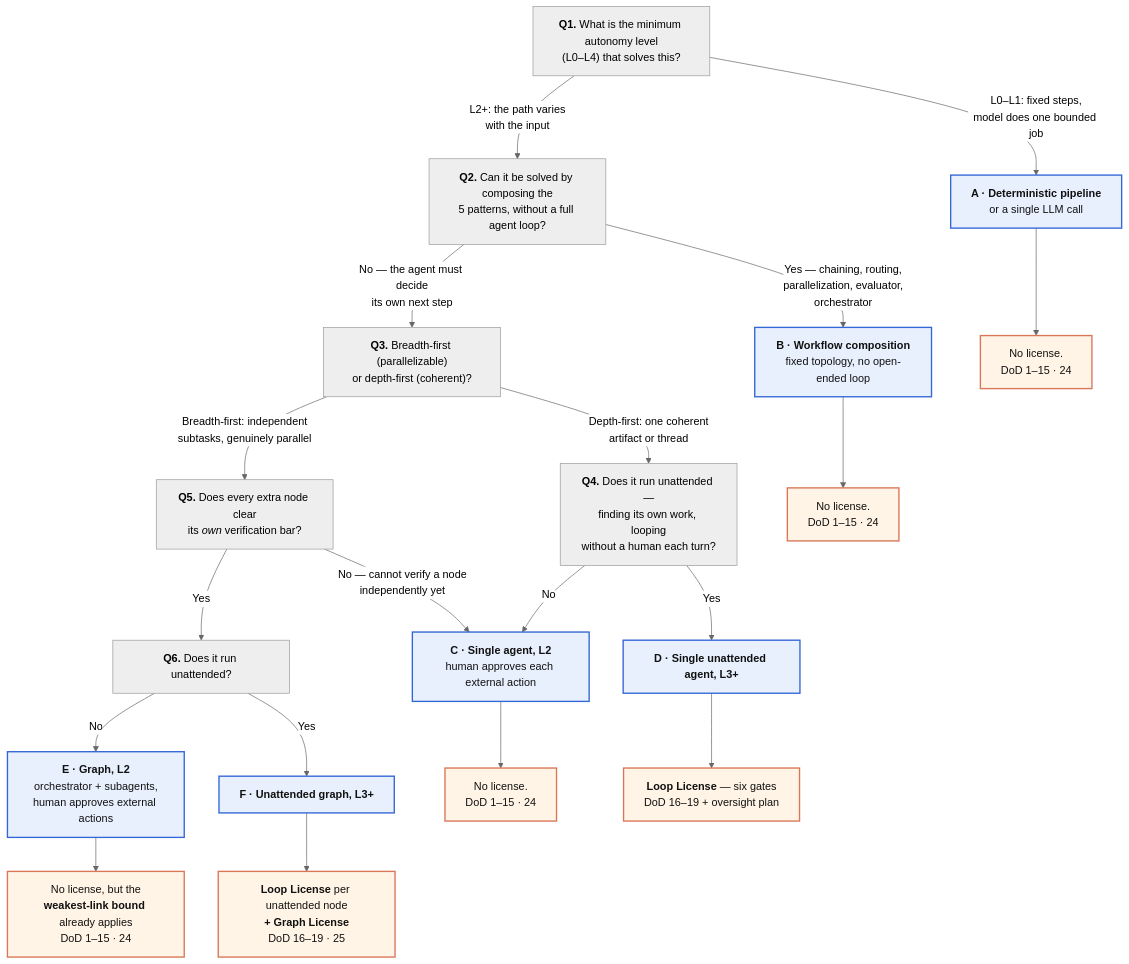
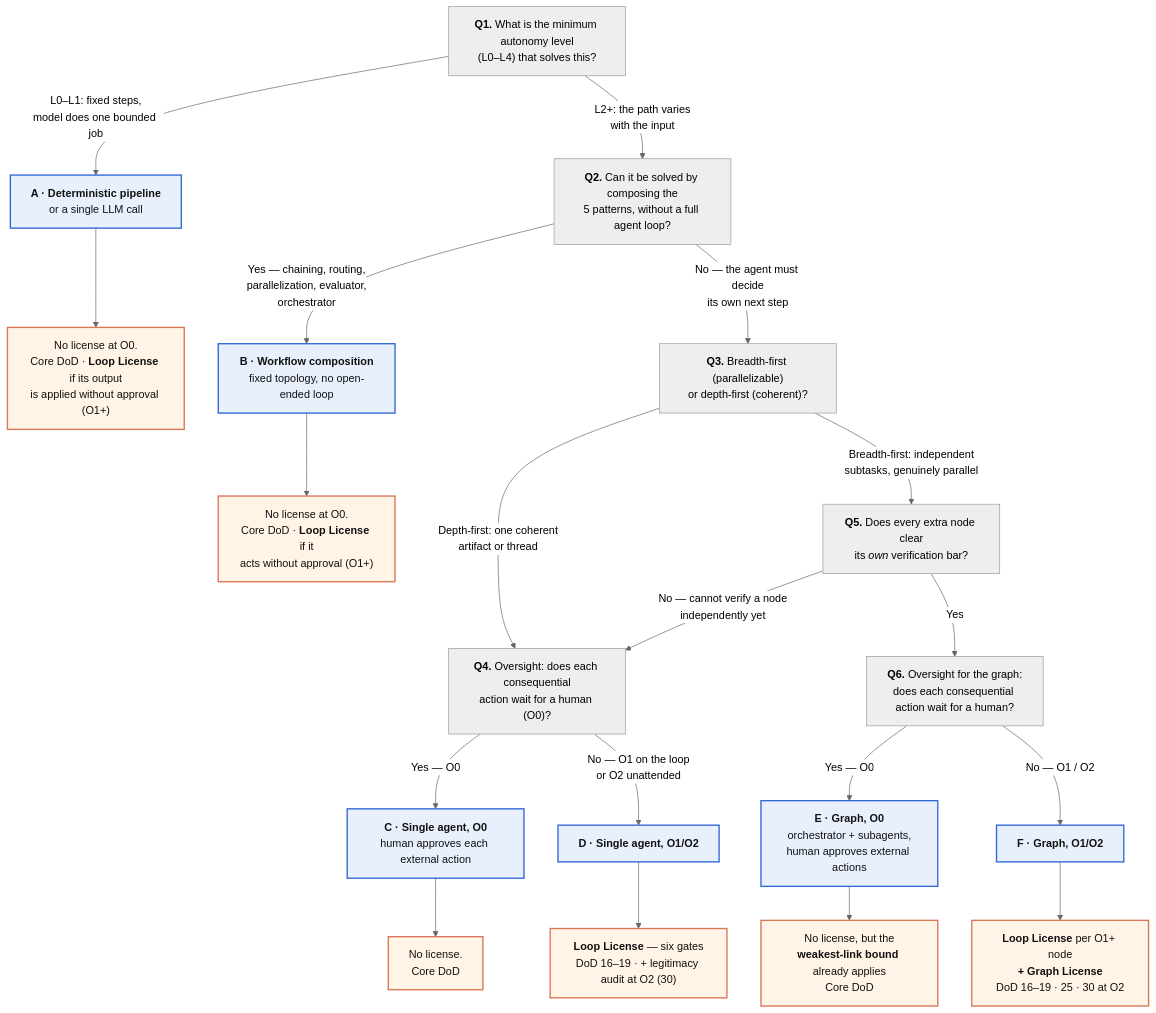
One commit to Moai-Team-LLC/agentic-product-standard changed the diagram in templates/decision-tree/README.md. Above: the diagram before and after it, drawn with Mermaid (neutral theme). The commit also changed other lines of this file and 80 other files, not shown here.

````diff
--- a/templates/decision-tree/README.md
+++ b/templates/decision-tree/README.md
@@ -13,38 +15,38 @@
 ```mermaid
 flowchart TD
     Q1["<b>Q1.</b> What is the minimum autonomy level<br/>(L0–L4) that solves this?"]
     Q1 -->|"L0–L1: fixed steps,<br/>model does one bounded job"| A["<b>A · Deterministic pipeline</b><br/>or a single LLM call"]
     Q1 -->|"L2+: the path varies<br/>with the input"| Q2
 
     Q2["<b>Q2.</b> Can it be solved by composing the<br/>5 patterns, without a full agent loop?"]
     Q2 -->|"Yes — chaining, routing,<br/>parallelization, evaluator,<br/>orchestrator"| B["<b>B · Workflow composition</b><br/>fixed topology, no open-ended loop"]
     Q2 -->|"No — the agent must decide<br/>its own next step"| Q3
 
     Q3["<b>Q3.</b> Breadth-first (parallelizable)<br/>or depth-first (coherent)?"]
     Q3 -->|"Depth-first: one coherent<br/>artifact or thread"| Q4
     Q3 -->|"Breadth-first: independent<br/>subtasks, genuinely parallel"| Q5
 
-    Q4["<b>Q4.</b> Does it run unattended —<br/>finding its own work, looping<br/>without a human each turn?"]
-    Q4 -->|No| C["<b>C · Single agent, L2</b><br/>human approves each external action"]
-    Q4 -->|Yes| D["<b>D · Single unattended agent, L3+</b>"]
+    Q4["<b>Q4.</b> Oversight: does each consequential<br/>action wait for a human (O0)?"]
+    Q4 -->|"Yes — O0"| C["<b>C · Single agent, O0</b><br/>human approves each external action"]
+    Q4 -->|"No — O1 on the loop<br/>or O2 unattended"| D["<b>D · Single agent, O1/O2</b>"]
 
     Q5["<b>Q5.</b> Does every extra node clear<br/>its <i>own</i> verification bar?"]
-    Q5 -->|"No — cannot verify a node<br/>independently yet"| C
+    Q5 -->|"No — cannot verify a node<br/>independently yet"| Q4
     Q5 -->|Yes| Q6
 
-    Q6["<b>Q6.</b> Does it run unattended?"]
-    Q6 -->|No| E["<b>E · Graph, L2</b><br/>orchestrator + subagents,<br/>human approves external actions"]
-    Q6 -->|Yes| F["<b>F · Unattended graph, L3+</b>"]
+    Q6["<b>Q6.</b> Oversight for the graph:<br/>does each consequential action wait for a human?"]
+    Q6 -->|"Yes — O0"| E["<b>E · Graph, O0</b><br/>orchestrator + subagents,<br/>human approves external actions"]
+    Q6 -->|"No — O1 / O2"| F["<b>F · Graph, O1/O2</b>"]
 
-    A --> LA["No license.<br/>DoD 1–15 · 24"]
-    B --> LB["No license.<br/>DoD 1–15 · 24"]
-    C --> LC["No license.<br/>DoD 1–15 · 24"]
-    D --> LD["<b>Loop License</b> — six gates<br/>DoD 16–19 + oversight plan"]
-    E --> LE["No license, but the<br/><b>weakest-link bound</b> already applies<br/>DoD 1–15 · 24"]
-    F --> LF["<b>Loop License</b> per unattended node<br/><b>+ Graph License</b><br/>DoD 16–19 · 25"]
+    A --> LA["No license at O0.<br/>Core DoD · <b>Loop License</b> if its output<br/>is applied without approval (O1+)"]
+    B --> LB["No license at O0.<br/>Core DoD · <b>Loop License</b> if it<br/>acts without approval (O1+)"]
+    C --> LC["No license.<br/>Core DoD"]
+    D --> LD["<b>Loop License</b> — six gates<br/>DoD 16–19 · + legitimacy audit at O2 (30)"]
+    E --> LE["No license, but the<br/><b>weakest-link bound</b> already applies<br/>Core DoD"]
+    F --> LF["<b>Loop License</b> per O1+ node<br/><b>+ Graph License</b><br/>DoD 16–19 · 25 · 30 at O2"]
 
     classDef leaf fill:#e8f0fe,stroke:#3367d6,stroke-width:2px,color:#111
     classDef lic fill:#fff4e5,stroke:#d97757,stroke-width:2px,color:#111
     class A,B,C,D,E,F leaf
     class LA,LB,LC,LD,LE,LF lic
 ```
````
